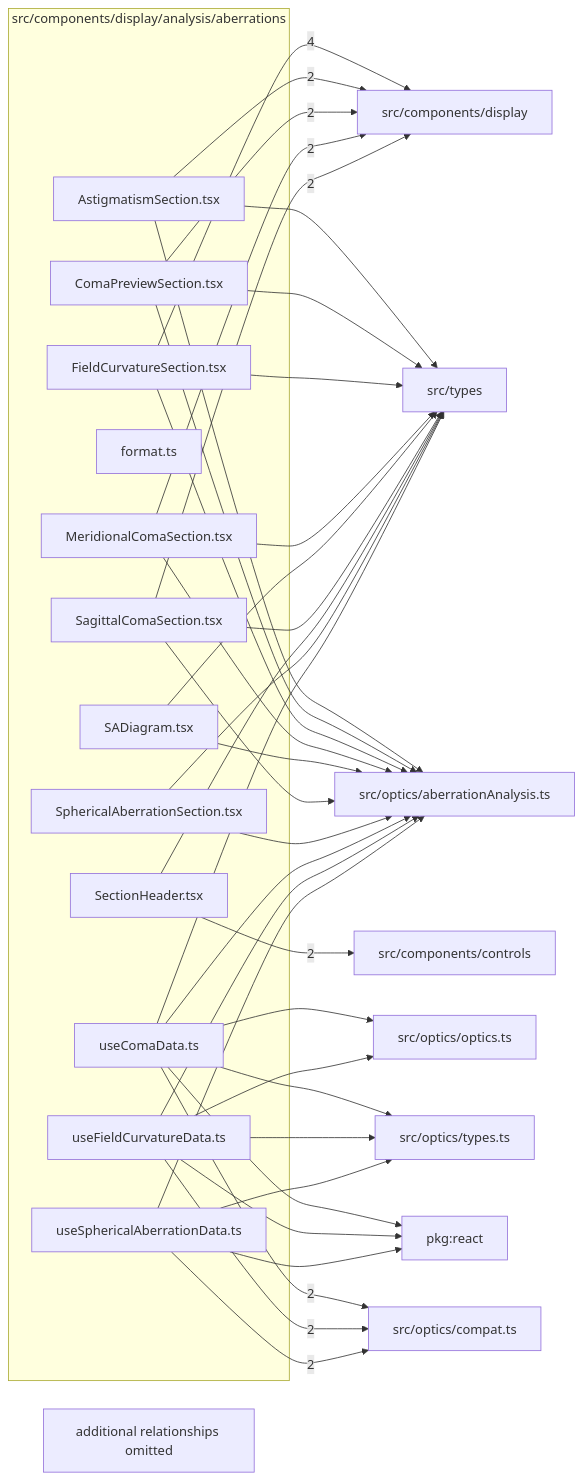
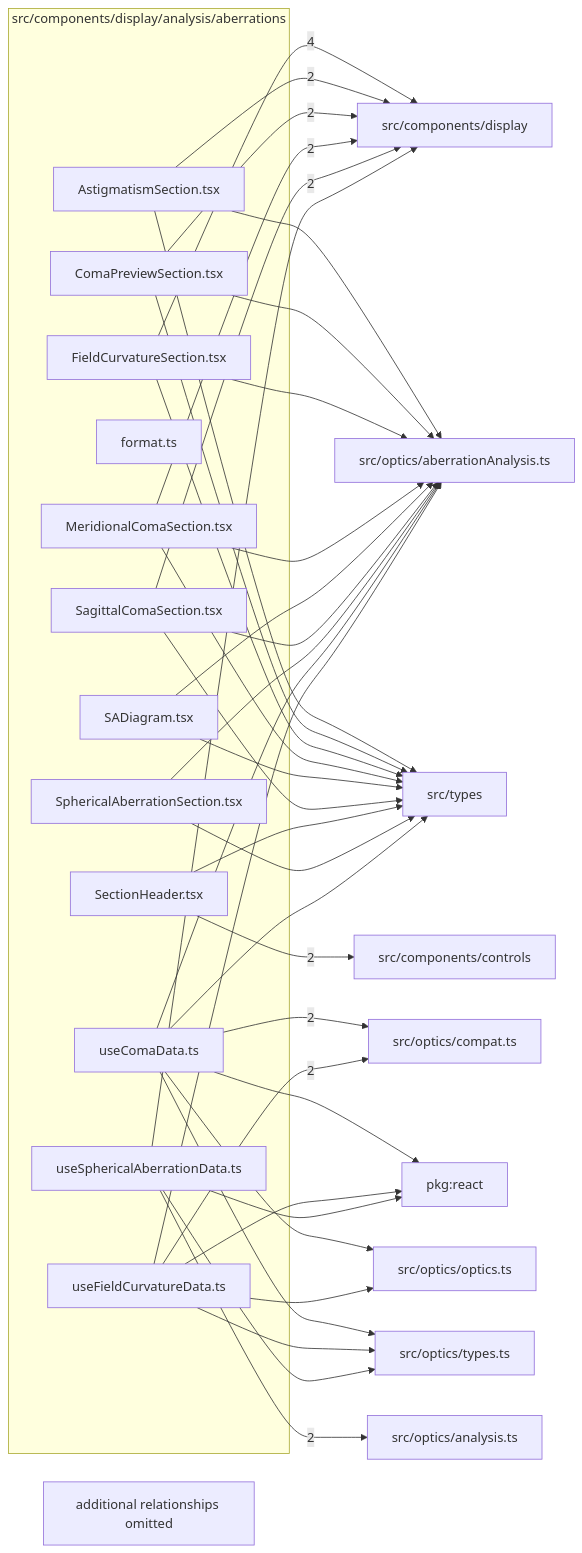
Before and after one commit to ronbuening/LensVisualizer: the diagram in src/components/display/analysis/aberrations/readme.md, drawn with Mermaid. The commit also changed other lines of this file and 61 other files, not shown here.

Commit message:
S7.P2.T2 Spherical aberration, SA profile, blur character and best focus on AnalysisRequest

````diff
--- a/src/components/display/analysis/aberrations/readme.md
+++ b/src/components/display/analysis/aberrations/readme.md
@@ -9,62 +9,63 @@
 ```mermaid
 flowchart LR
   subgraph n_src_components_display_analysis_aberrations["src/components/display/analysis/aberrations"]
     n_src_components_display_analysis_aberrations_src_components_display_analysis_aberrations_AstigmatismSection_tsx["AstigmatismSection.tsx"]
     n_src_components_display_analysis_aberrations_src_components_display_analysis_aberrations_ComaPreviewSection_tsx["ComaPreviewSection.tsx"]
     n_src_components_display_analysis_aberrations_src_components_display_analysis_aberrations_FieldCurvatureSection_tsx["FieldCurvatureSection.tsx"]
     n_src_components_display_analysis_aberrations_src_components_display_analysis_aberrations_format_ts["format.ts"]
     n_src_components_display_analysis_aberrations_src_components_display_analysis_aberrations_MeridionalComaSection_tsx["MeridionalComaSection.tsx"]
     n_src_components_display_analysis_aberrations_src_components_display_analysis_aberrations_SADiagram_tsx["SADiagram.tsx"]
     n_src_components_display_analysis_aberrations_src_components_display_analysis_aberrations_SagittalComaSection_tsx["SagittalComaSection.tsx"]
     n_src_components_display_analysis_aberrations_src_components_display_analysis_aberrations_SectionHeader_tsx["SectionHeader.tsx"]
     n_src_components_display_analysis_aberrations_src_components_display_analysis_aberrations_SphericalAberrationSection_tsx["SphericalAberrationSection.tsx"]
     n_src_components_display_analysis_aberrations_src_components_display_analysis_aberrations_useComaData_ts["useComaData.ts"]
     n_src_components_display_analysis_aberrations_src_components_display_analysis_aberrations_useFieldCurvatureData_ts["useFieldCurvatureData.ts"]
     n_src_components_display_analysis_aberrations_src_components_display_analysis_aberrations_useSphericalAberrationData_ts["useSphericalAberrationData.ts"]
   end
   n_external_src_components_display["src/components/display"]
   n_external_src_components_controls["src/components/controls"]
+  n_external_src_optics_analysis_ts["src/optics/analysis.ts"]
   n_external_src_optics_compat_ts["src/optics/compat.ts"]
   n_external_pkg_react["pkg:react"]
   n_external_src_optics_aberrationAnalysis_ts["src/optics/aberrationAnalysis.ts"]
   n_external_src_optics_optics_ts["src/optics/optics.ts"]
   n_external_src_optics_types_ts["src/optics/types.ts"]
   n_external_src_types["src/types"]
   n_src_components_display_analysis_aberrations_src_components_display_analysis_aberrations_FieldCurvatureSection_tsx --> |4| n_external_src_components_display
   n_src_components_display_analysis_aberrations_src_components_display_analysis_aberrations_SectionHeader_tsx --> |2| n_external_src_components_controls
   n_src_components_display_analysis_aberrations_src_components_display_analysis_aberrations_AstigmatismSection_tsx --> |2| n_external_src_components_display
   n_src_components_display_analysis_aberrations_src_components_display_analysis_aberrations_ComaPreviewSection_tsx --> |2| n_external_src_components_display
   n_src_components_display_analysis_aberrations_src_components_display_analysis_aberrations_MeridionalComaSection_tsx --> |2| n_external_src_components_display
   n_src_components_display_analysis_aberrations_src_components_display_analysis_aberrations_SagittalComaSection_tsx --> |2| n_external_src_components_display
+  n_src_components_display_analysis_aberrations_src_components_display_analysis_aberrations_useSphericalAberrationData_ts --> |2| n_external_src_optics_analysis_ts
   n_src_components_display_analysis_aberrations_src_components_display_analysis_aberrations_useComaData_ts --> |2| n_external_src_optics_compat_ts
   n_src_components_display_analysis_aberrations_src_components_display_analysis_aberrations_useFieldCurvatureData_ts --> |2| n_external_src_optics_compat_ts
-  n_src_components_display_analysis_aberrations_src_components_display_analysis_aberrations_useSphericalAberrationData_ts --> |2| n_external_src_optics_compat_ts
   n_src_components_display_analysis_aberrations_src_components_display_analysis_aberrations_useComaData_ts --> n_external_pkg_react
   n_src_components_display_analysis_aberrations_src_components_display_analysis_aberrations_useFieldCurvatureData_ts --> n_external_pkg_react
   n_src_components_display_analysis_aberrations_src_components_display_analysis_aberrations_useSphericalAberrationData_ts --> n_external_pkg_react
+  n_src_components_display_analysis_aberrations_src_components_display_analysis_aberrations_useSphericalAberrationData_ts --> n_external_src_components_display
   n_src_components_display_analysis_aberrations_src_components_display_analysis_aberrations_AstigmatismSection_tsx --> n_external_src_optics_aberrationAnalysis_ts
   n_src_components_display_analysis_aberrations_src_components_display_analysis_aberrations_ComaPreviewSection_tsx --> n_external_src_optics_aberrationAnalysis_ts
   n_src_components_display_analysis_aberrations_src_components_display_analysis_aberrations_FieldCurvatureSection_tsx --> n_external_src_optics_aberrationAnalysis_ts
   n_src_components_display_analysis_aberrations_src_components_display_analysis_aberrations_MeridionalComaSection_tsx --> n_external_src_optics_aberrationAnalysis_ts
   n_src_components_display_analysis_aberrations_src_components_display_analysis_aberrations_SADiagram_tsx --> n_external_src_optics_aberrationAnalysis_ts
   n_src_components_display_analysis_aberrations_src_components_display_analysis_aberrations_SagittalComaSection_tsx --> n_external_src_optics_aberrationAnalysis_ts
   n_src_components_display_analysis_aberrations_src_components_display_analysis_aberrations_SphericalAberrationSection_tsx --> n_external_src_optics_aberrationAnalysis_ts
   n_src_components_display_analysis_aberrations_src_components_display_analysis_aberrations_useComaData_ts --> n_external_src_optics_aberrationAnalysis_ts
   n_src_components_display_analysis_aberrations_src_components_display_analysis_aberrations_useFieldCurvatureData_ts --> n_external_src_optics_aberrationAnalysis_ts
-  n_src_components_display_analysis_aberrations_src_components_display_analysis_aberrations_useSphericalAberrationData_ts --> n_external_src_optics_aberrationAnalysis_ts
   n_src_components_display_analysis_aberrations_src_components_display_analysis_aberrations_useComaData_ts --> n_external_src_optics_optics_ts
   n_src_components_display_analysis_aberrations_src_components_display_analysis_aberrations_useFieldCurvatureData_ts --> n_external_src_optics_optics_ts
   n_src_components_display_analysis_aberrations_src_components_display_analysis_aberrations_useComaData_ts --> n_external_src_optics_types_ts
   n_src_components_display_analysis_aberrations_src_components_display_analysis_aberrations_useFieldCurvatureData_ts --> n_external_src_optics_types_ts
   n_src_components_display_analysis_aberrations_src_components_display_analysis_aberrations_useSphericalAberrationData_ts --> n_external_src_optics_types_ts
   n_src_components_display_analysis_aberrations_src_components_display_analysis_aberrations_AstigmatismSection_tsx --> n_external_src_types
   n_src_components_display_analysis_aberrations_src_components_display_analysis_aberrations_ComaPreviewSection_tsx --> n_external_src_types
   n_src_components_display_analysis_aberrations_src_components_display_analysis_aberrations_FieldCurvatureSection_tsx --> n_external_src_types
   n_src_components_display_analysis_aberrations_src_components_display_analysis_aberrations_MeridionalComaSection_tsx --> n_external_src_types
   n_src_components_display_analysis_aberrations_src_components_display_analysis_aberrations_SADiagram_tsx --> n_external_src_types
   n_src_components_display_analysis_aberrations_src_components_display_analysis_aberrations_SagittalComaSection_tsx --> n_external_src_types
   n_src_components_display_analysis_aberrations_src_components_display_analysis_aberrations_SectionHeader_tsx --> n_external_src_types
   n_src_components_display_analysis_aberrations_src_components_display_analysis_aberrations_SphericalAberrationSection_tsx --> n_external_src_types
   n_src_components_display_analysis_aberrations_src_components_display_analysis_aberrations_useComaData_ts --> n_external_src_types
   n_src_components_display_analysis_aberrations_truncated["additional relationships omitted"]
 ```
````
